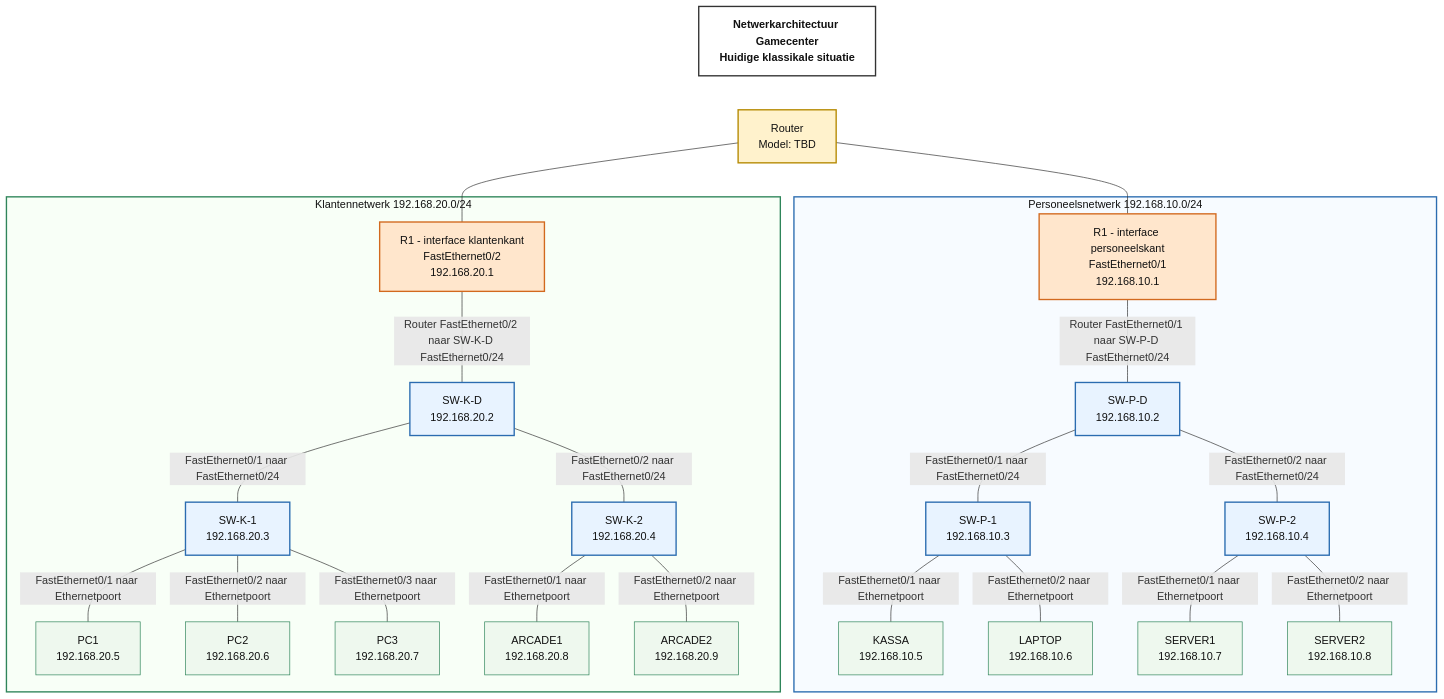
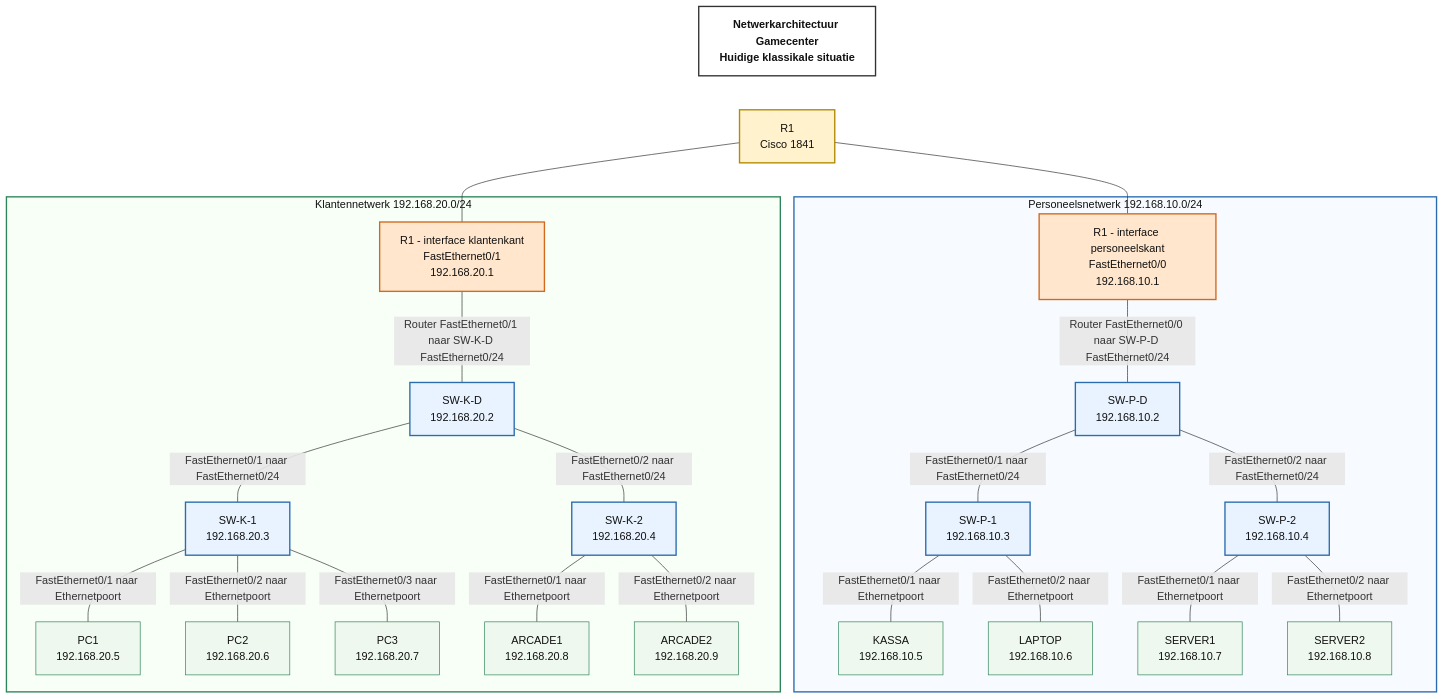
Before and after one commit to tobypelfrene1993/it1-gaming-lab: the diagram in docs/assets/gamecenter-netwerkarchitectuur.mmd, drawn with Mermaid. The commit also changed 6 other files, not shown here.

```diff
--- a/docs/assets/gamecenter-netwerkarchitectuur.mmd
+++ b/docs/assets/gamecenter-netwerkarchitectuur.mmd
@@ -1,53 +1,53 @@
 flowchart TB
     TITLE["Netwerkarchitectuur Gamecenter<br/>Huidige klassikale situatie"]:::diagramTitle
-    R["Router<br/>Model: TBD"]:::router
+    R["R1<br/>Cisco 1841"]:::router
 
     subgraph PERS["Personeelsnetwerk 192.168.10.0/24"]
-        R_F01["R1 - interface personeelskant<br/>FastEthernet0/1<br/>192.168.10.1"]:::routerInterface
+        R_F01["R1 - interface personeelskant<br/>FastEthernet0/0<br/>192.168.10.1"]:::routerInterface
         P_CORE["SW-P-D<br/>192.168.10.2"]:::switchNode
         P_KASSA["SW-P-1<br/>192.168.10.3"]:::switchNode
         P_SERVERS["SW-P-2<br/>192.168.10.4"]:::switchNode
         KASSA["KASSA<br/>192.168.10.5"]:::endpoint
         LAPTOP["LAPTOP<br/>192.168.10.6"]:::endpoint
         SERVER1["SERVER1<br/>192.168.10.7"]:::endpoint
         SERVER2["SERVER2<br/>192.168.10.8"]:::endpoint
     end
 
     subgraph KLANT["Klantennetwerk 192.168.20.0/24"]
-        R_F02["R1 - interface klantenkant<br/>FastEthernet0/2<br/>192.168.20.1"]:::routerInterface
+        R_F02["R1 - interface klantenkant<br/>FastEthernet0/1<br/>192.168.20.1"]:::routerInterface
         K_CORE["SW-K-D<br/>192.168.20.2"]:::switchNode
         K_PC["SW-K-1<br/>192.168.20.3"]:::switchNode
         K_ARCADE["SW-K-2<br/>192.168.20.4"]:::switchNode
         PC1["PC1<br/>192.168.20.5"]:::endpoint
         PC2["PC2<br/>192.168.20.6"]:::endpoint
         PC3["PC3<br/>192.168.20.7"]:::endpoint
         ARCADE1["ARCADE1<br/>192.168.20.8"]:::endpoint
         ARCADE2["ARCADE2<br/>192.168.20.9"]:::endpoint
     end
 
     TITLE ~~~ R
     R --- R_F01
     R --- R_F02
-    R_F01 ---|"Router FastEthernet0/1 naar SW-P-D FastEthernet0/24"| P_CORE
+    R_F01 ---|"Router FastEthernet0/0 naar SW-P-D FastEthernet0/24"| P_CORE
     P_CORE ---|"FastEthernet0/1 naar FastEthernet0/24"| P_KASSA
     P_CORE ---|"FastEthernet0/2 naar FastEthernet0/24"| P_SERVERS
     P_KASSA ---|"FastEthernet0/1 naar Ethernetpoort"| KASSA
     P_KASSA ---|"FastEthernet0/2 naar Ethernetpoort"| LAPTOP
     P_SERVERS ---|"FastEthernet0/1 naar Ethernetpoort"| SERVER1
     P_SERVERS ---|"FastEthernet0/2 naar Ethernetpoort"| SERVER2
-    R_F02 ---|"Router FastEthernet0/2 naar SW-K-D FastEthernet0/24"| K_CORE
+    R_F02 ---|"Router FastEthernet0/1 naar SW-K-D FastEthernet0/24"| K_CORE
     K_CORE ---|"FastEthernet0/1 naar FastEthernet0/24"| K_PC
     K_CORE ---|"FastEthernet0/2 naar FastEthernet0/24"| K_ARCADE
     K_PC ---|"FastEthernet0/1 naar Ethernetpoort"| PC1
     K_PC ---|"FastEthernet0/2 naar Ethernetpoort"| PC2
     K_PC ---|"FastEthernet0/3 naar Ethernetpoort"| PC3
     K_ARCADE ---|"FastEthernet0/1 naar Ethernetpoort"| ARCADE1
     K_ARCADE ---|"FastEthernet0/2 naar Ethernetpoort"| ARCADE2
 
     classDef diagramTitle fill:#ffffff,stroke:#333333,stroke-width:2px,color:#111111,font-weight:bold
     classDef router fill:#fff2cc,stroke:#b58900,stroke-width:2px,color:#111111
     classDef routerInterface fill:#ffe6cc,stroke:#d2691e,stroke-width:2px,color:#111111
     classDef switchNode fill:#e8f3ff,stroke:#2b6cb0,stroke-width:2px,color:#111111
     classDef endpoint fill:#eef8ee,stroke:#2f855a,stroke-width:1px,color:#111111
     style PERS fill:#f7fbff,stroke:#2b6cb0,stroke-width:2px,color:#111111
     style KLANT fill:#f8fff7,stroke:#2f855a,stroke-width:2px,color:#111111
```
